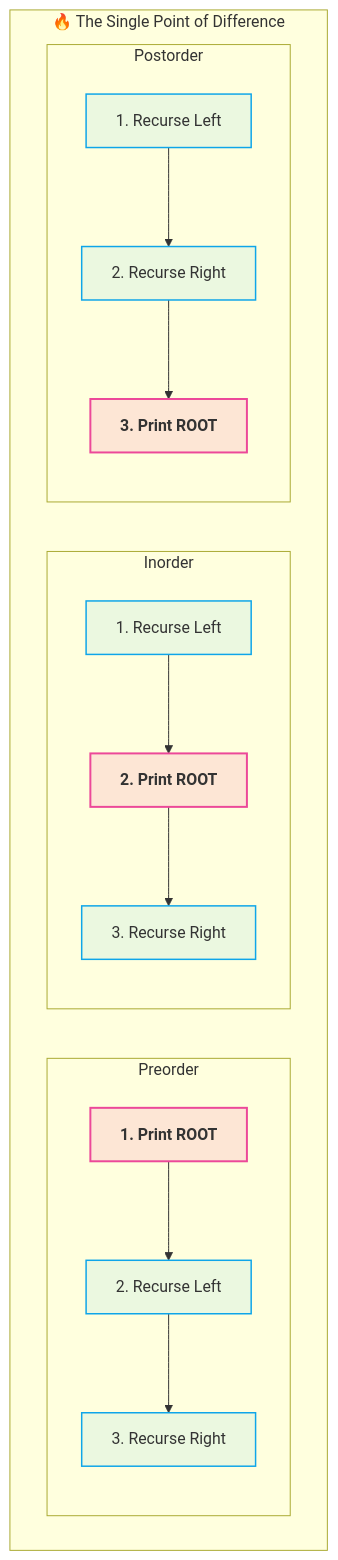
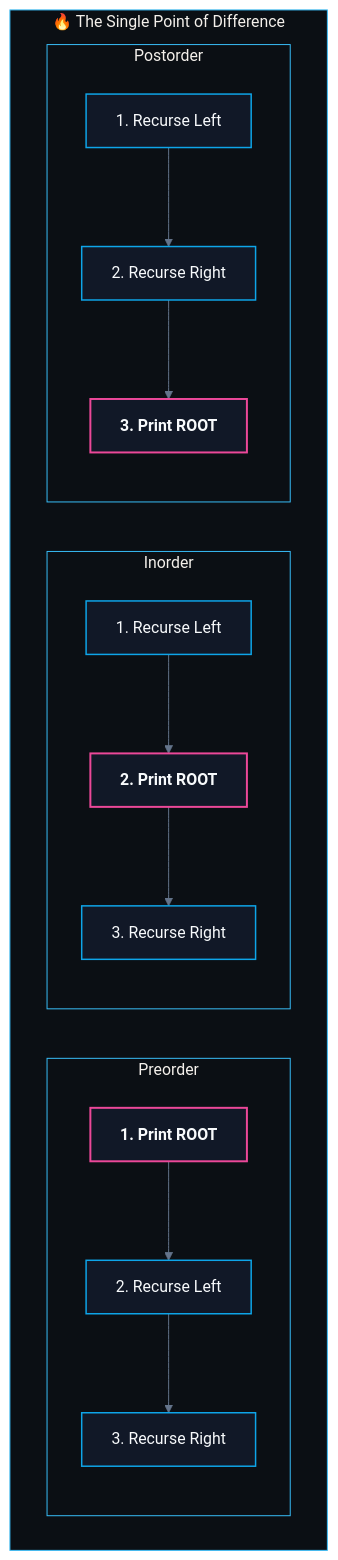
Before and after one commit to abhinavbharti2345/CS_Notes: the second of 5 diagrams in CS/DSA/07. Trees & BSTs/02. Binary Tree Traversals.md, drawn with Mermaid. The commit also changed other lines of this file and 195 other files, not shown here.

````diff
--- a/CS/DSA/07. Trees & BSTs/02. Binary Tree Traversals.md
+++ b/CS/DSA/07. Trees & BSTs/02. Binary Tree Traversals.md
@@ -158,32 +159,33 @@
 ```mermaid
+%%{init: {'theme': 'base', 'themeVariables': { 'darkMode': true, 'background': '#0B0F14', 'mainBkg': '#111827', 'primaryColor': '#111827', 'primaryTextColor': '#F8FAFC', 'primaryBorderColor': '#38BDF8', 'lineColor': '#64748B', 'secondaryColor': '#0B0F14', 'tertiaryColor': '#0B0F14', 'clusterBkg': '#0B0F14', 'clusterBorder': '#38BDF8' }}}%%
 flowchart TD
     subgraph CodeComparison ["🔥 The Single Point of Difference"]
         direction LR
         subgraph Pre ["Preorder"]
             direction TB
             PR1["<b>1. Print ROOT</b>"]
             PR2["2. Recurse Left"]
             PR3["3. Recurse Right"]
             PR1 --> PR2 --> PR3
         end
         subgraph In ["Inorder"]
             direction TB
             IN1["1. Recurse Left"]
             IN2["<b>2. Print ROOT</b>"]
             IN3["3. Recurse Right"]
             IN1 --> IN2 --> IN3
         end
         subgraph Post ["Postorder"]
             direction TB
             PO1["1. Recurse Left"]
             PO2["2. Recurse Right"]
             PO3["<b>3. Print ROOT</b>"]
             PO1 --> PO2 --> PO3
         end
     end
 
-    classDef rootAction fill:#ec489922,stroke:#ec4899,stroke-width:2px;
-    classDef recurseAction fill:#0ea5e915,stroke:#0ea5e9,stroke-width:1.5px;
+    classDef rootAction fill:#111827,stroke:#ec4899,stroke-width:2px,color:#F8FAFC;
+    classDef recurseAction fill:#111827,stroke:#0ea5e9,stroke-width:1.5px,color:#F8FAFC;
     class PR1,IN2,PO3 rootAction;
     class PR2,PR3,IN1,IN3,PO1,PO2 recurseAction;
 ```
````
